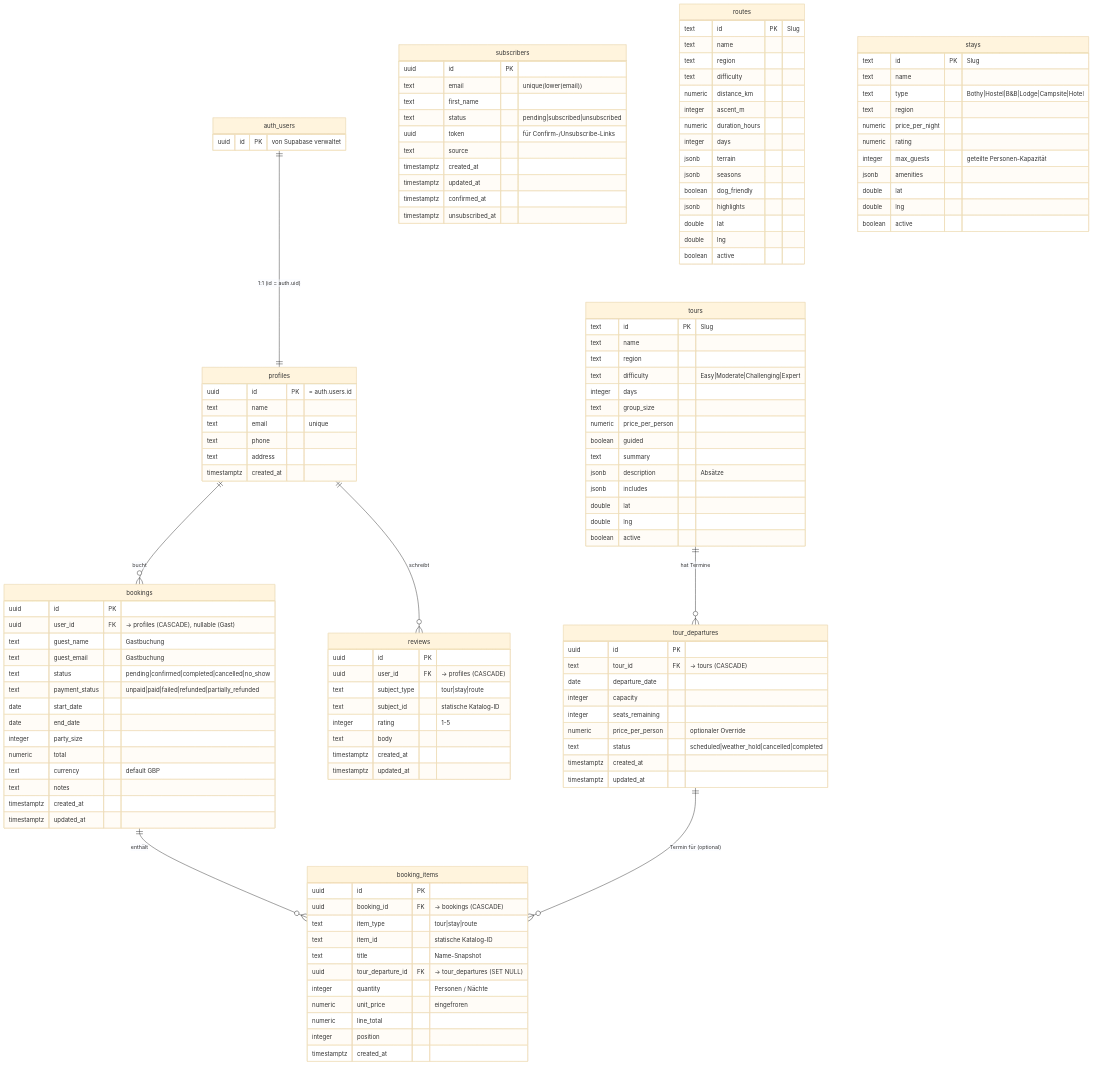
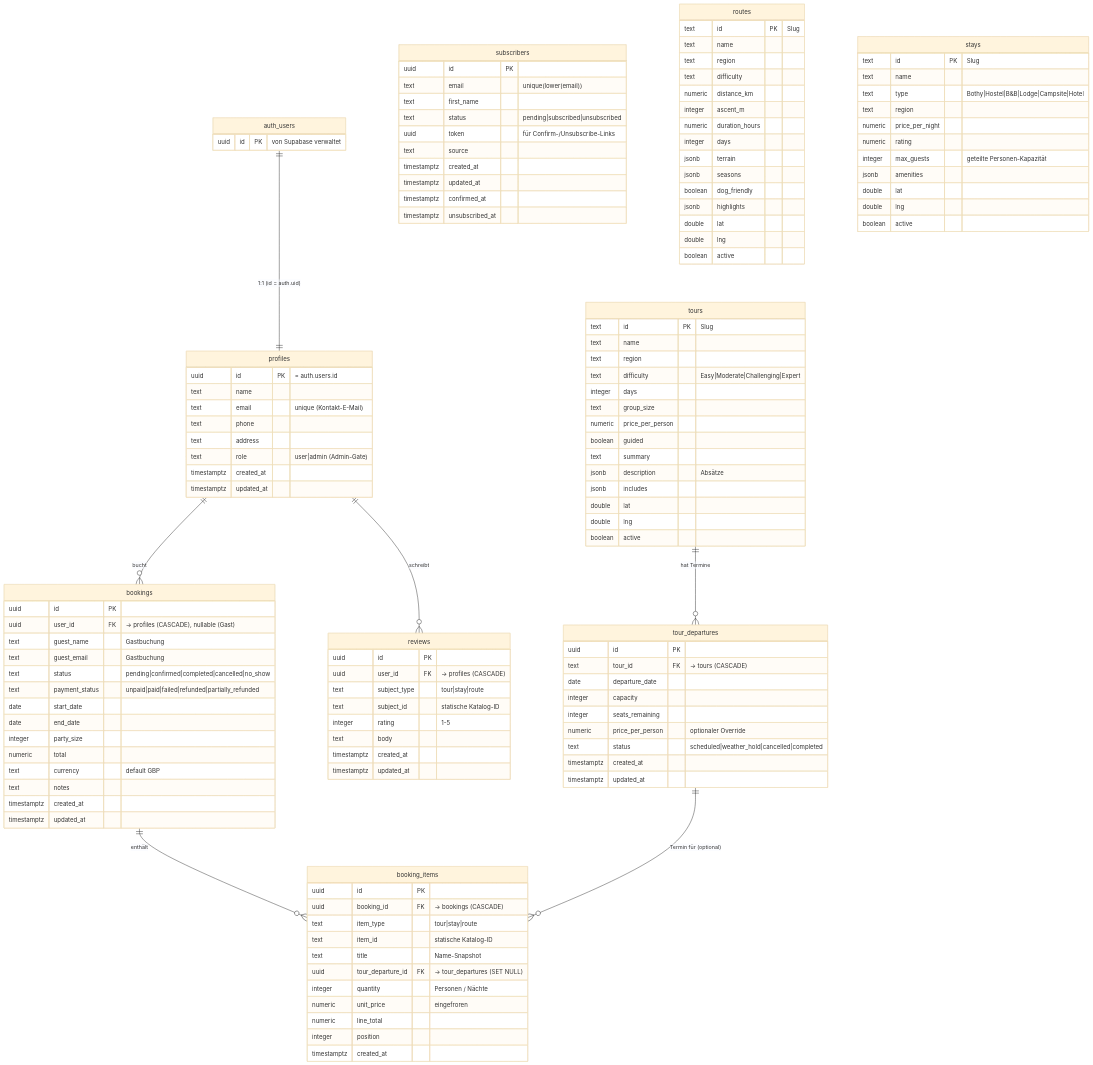
One commit to RockyourStudium/HIKE_SCOTLAND changed the diagram in supabase/README.md. Above: the diagram before and after it, drawn with Mermaid (base theme). The commit also changed other lines of this file and 28 other files, not shown here.

First line of the commit message:
feat(auth): Google-Login, User-Self-Service & Admin-Profilverwaltung

```diff
--- a/supabase/README.md
+++ b/supabase/README.md
@@ -29,10 +29,12 @@
     profiles {
         uuid        id          PK "= auth.users.id"
         text        name
-        text        email          "unique"
+        text        email          "unique (Kontakt-E-Mail)"
         text        phone
         text        address
+        text        role           "user|admin (Admin-Gate)"
         timestamptz created_at
+        timestamptz updated_at
     }
 
     tour_departures {
```
